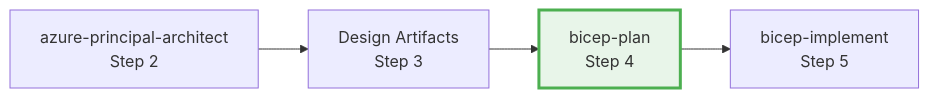
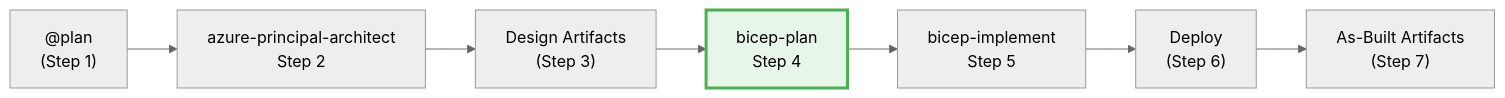
Before and after one commit to jonathan-vella/azure-agentic-infraops: the diagram in .github/agents/bicep-plan.agent.md, drawn with Mermaid. The commit also changed other lines of this file and 5 other files, not shown here.

````diff
--- a/.github/agents/bicep-plan.agent.md
+++ b/.github/agents/bicep-plan.agent.md
@@ -72,7 +502,11 @@
 ```mermaid
+%%{init: {'theme':'neutral'}}%%
 graph LR
-    A[azure-principal-architect<br/>Step 2] --> D[Design Artifacts<br/>Step 3]
+    P["@plan<br/>(Step 1)"] --> A[azure-principal-architect<br/>Step 2]
+    A --> D["Design Artifacts<br/>(Step 3)"]
     D --> B[bicep-plan<br/>Step 4]
     B --> I[bicep-implement<br/>Step 5]
+    I --> DEP["Deploy<br/>(Step 6)"]
+    DEP --> F["As-Built Artifacts<br/>(Step 7)"]
     style B fill:#e8f5e9,stroke:#4caf50,stroke-width:3px
 ```
````
